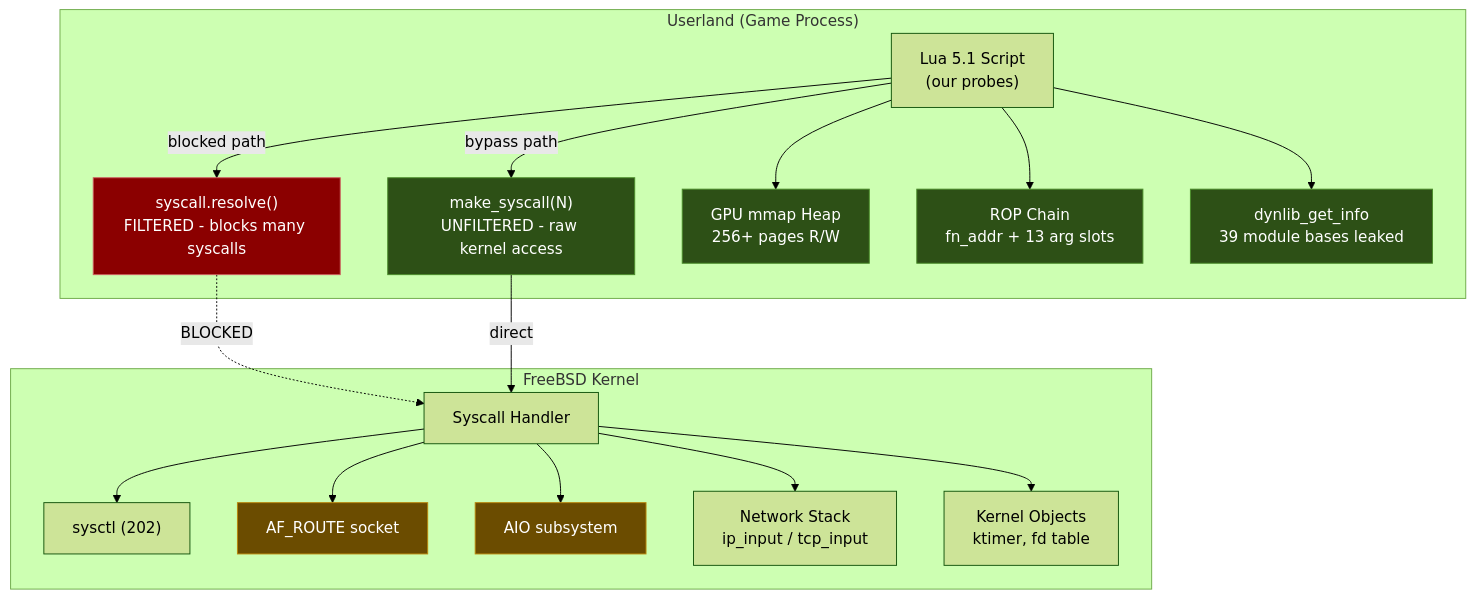
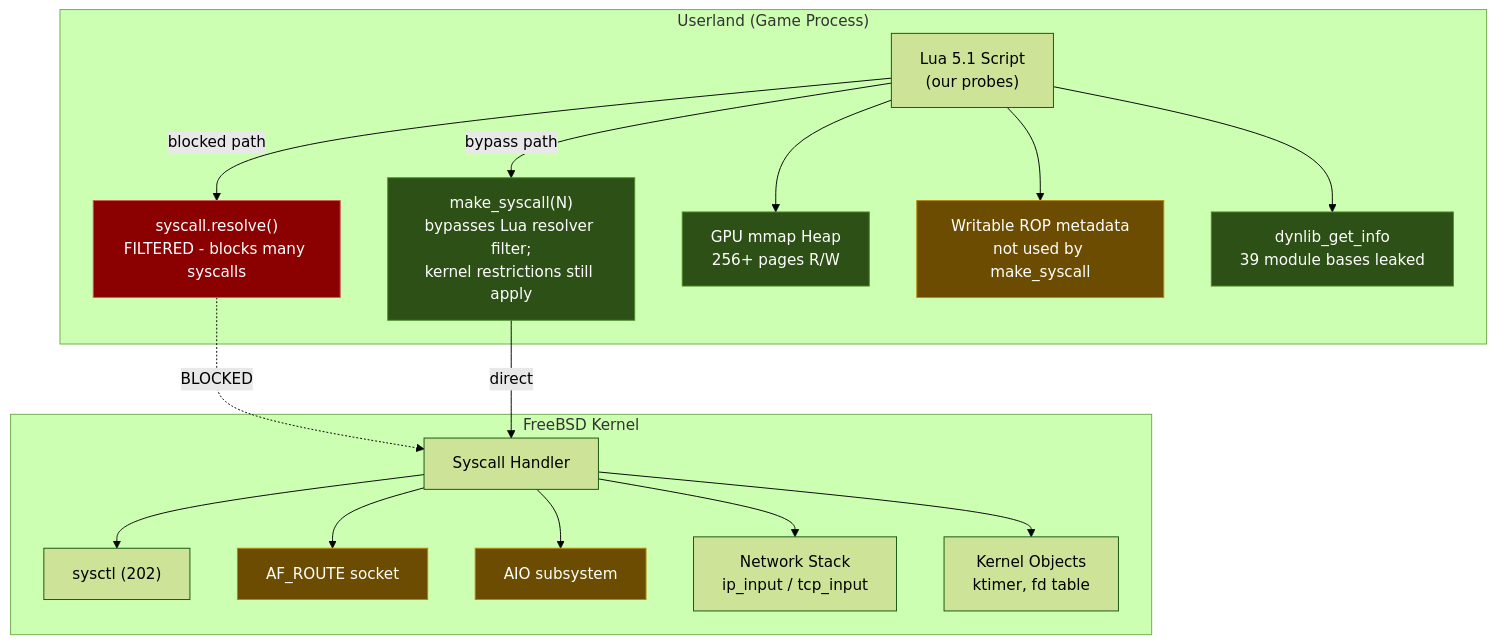
The second of 3 diagrams in README.md (0x7067/PS5-14.10-Research), drawn with Mermaid (forest theme) before and after one commit. The commit also changed other lines of this file and 25 other files, not shown here.

````diff
--- a/README.md
+++ b/README.md
@@ -57,41 +57,41 @@
 ```mermaid
 graph TD
     subgraph Userland ["Userland (Game Process)"]
         LUA["Lua 5.1 Script<br/>(our probes)"]
         RESOLVE["syscall.resolve()<br/>FILTERED - blocks many syscalls"]
-        MAKESYS["make_syscall(N)<br/>UNFILTERED - raw kernel access"]
+        MAKESYS["make_syscall(N)<br/>bypasses Lua resolver filter;<br/>kernel restrictions still apply"]
         HEAP["GPU mmap Heap<br/>256+ pages R/W"]
-        ROP["ROP Chain<br/>fn_addr + 13 arg slots"]
+        ROP["Writable ROP metadata<br/>not used by make_syscall"]
         ASLR["dynlib_get_info<br/>39 module bases leaked"]
     end
 
     subgraph Kernel ["FreeBSD Kernel"]
         SYSCALL["Syscall Handler"]
         SYSCTL["sysctl (202)"]
         ROUTE["AF_ROUTE socket"]
         AIO["AIO subsystem"]
         NET["Network Stack<br/>ip_input / tcp_input"]
         KOBJ["Kernel Objects<br/>ktimer, fd table"]
     end
 
     LUA -->|blocked path| RESOLVE
     RESOLVE -.->|"BLOCKED"| SYSCALL
     LUA -->|bypass path| MAKESYS
     MAKESYS -->|direct| SYSCALL
     LUA --> HEAP
     LUA --> ROP
     LUA --> ASLR
     SYSCALL --> SYSCTL
     SYSCALL --> ROUTE
     SYSCALL --> AIO
     SYSCALL --> NET
     SYSCALL --> KOBJ
 
     style RESOLVE fill:#8b0000,stroke:#cd5c5c,color:#fff
     style MAKESYS fill:#2d5016,stroke:#4a8c2a,color:#fff
     style HEAP fill:#2d5016,stroke:#4a8c2a,color:#fff
-    style ROP fill:#2d5016,stroke:#4a8c2a,color:#fff
+    style ROP fill:#6b4c00,stroke:#b8860b,color:#fff
     style ASLR fill:#2d5016,stroke:#4a8c2a,color:#fff
     style ROUTE fill:#6b4c00,stroke:#b8860b,color:#fff
     style AIO fill:#6b4c00,stroke:#b8860b,color:#fff
 ```
````
